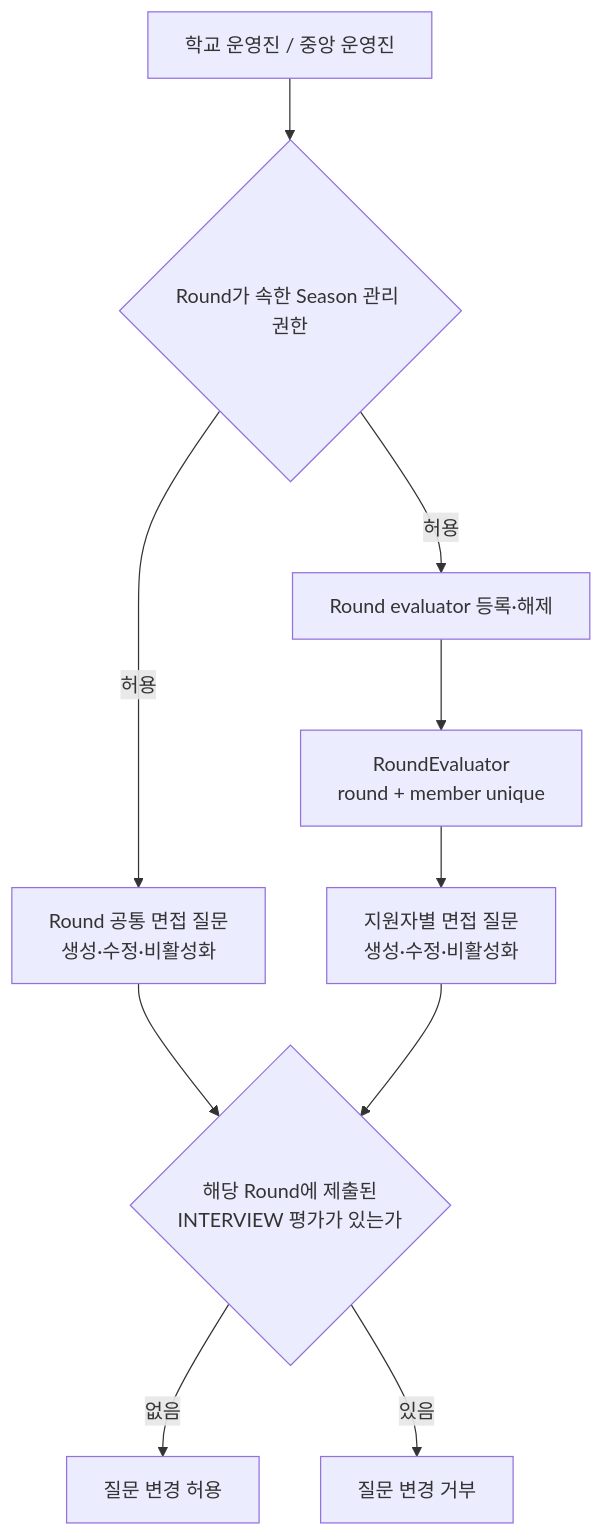
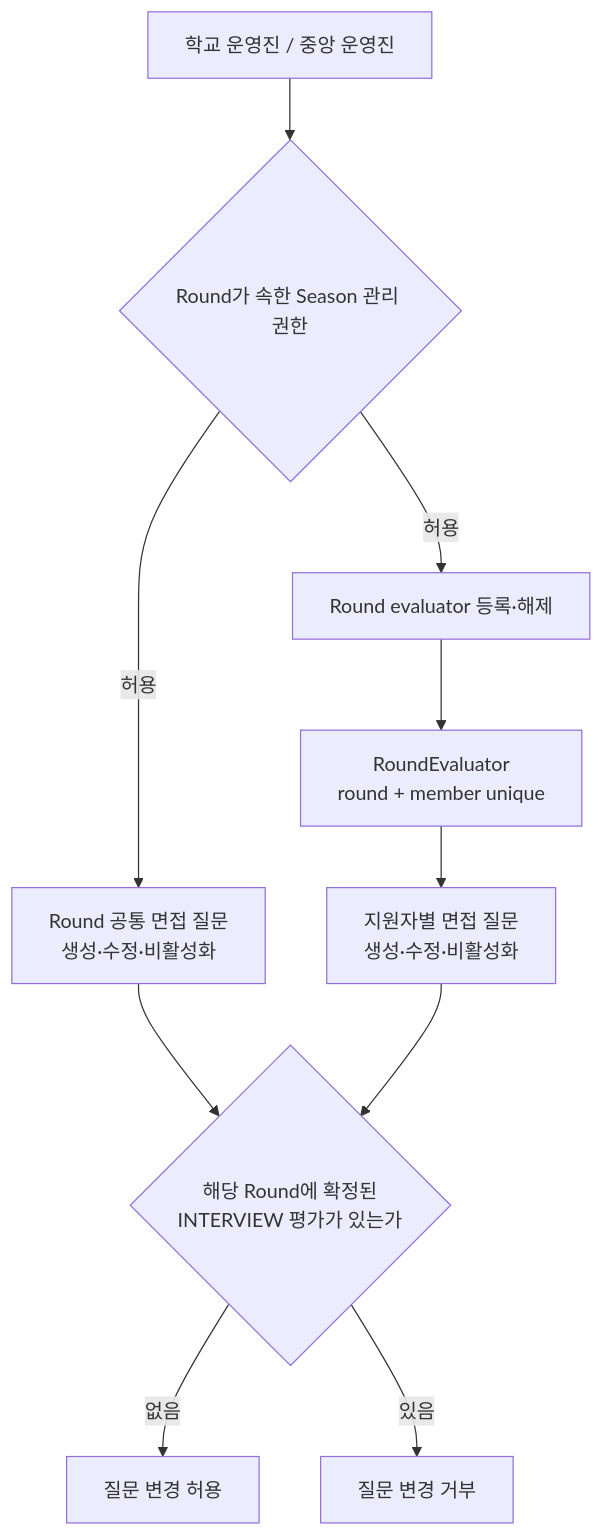
Before and after one commit to UMC-PRODUCT/cygnus-server: the seventh of 12 diagrams in docs/onboarding/domain/recruiting-diagrams.md, drawn with Mermaid. The commit also changed other lines of this file and 80 other files, not shown here.

````diff
--- a/docs/onboarding/domain/recruiting-diagrams.md
+++ b/docs/onboarding/domain/recruiting-diagrams.md
@@ -296,12 +296,12 @@
 ```mermaid
 flowchart TD
     Manager["학교 운영진 / 중앙 운영진"] --> ManageAuth{"Round가 속한 Season 관리 권한"}
     ManageAuth -->|"허용"| Evaluator["Round evaluator 등록·해제"]
     Evaluator --> Whitelist["RoundEvaluator<br/>round + member unique"]
     ManageAuth -->|"허용"| Common["Round 공통 면접 질문<br/>생성·수정·비활성화"]
     Whitelist --> Individual["지원자별 면접 질문<br/>생성·수정·비활성화"]
-    Common --> Freeze{"해당 Round에 제출된<br/>INTERVIEW 평가가 있는가"}
+    Common --> Freeze{"해당 Round에 확정된<br/>INTERVIEW 평가가 있는가"}
     Individual --> Freeze
     Freeze -->|"없음"| Mutable["질문 변경 허용"]
     Freeze -->|"있음"| Frozen["질문 변경 거부"]
 ```
````
